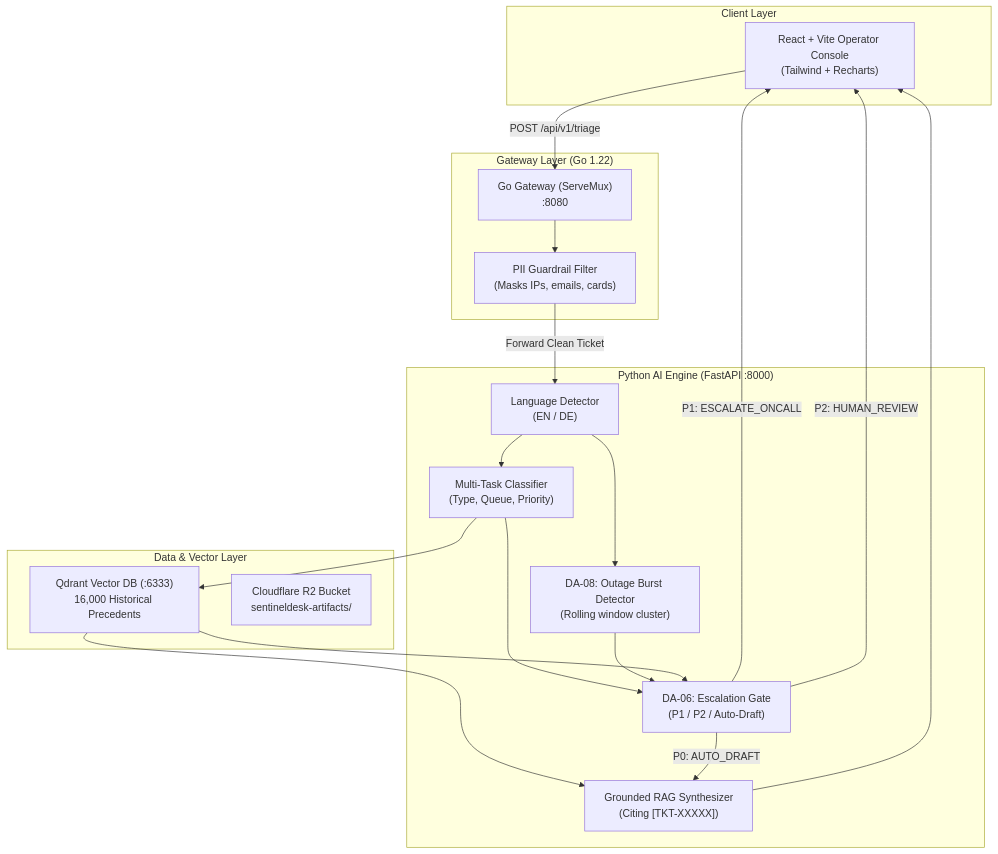
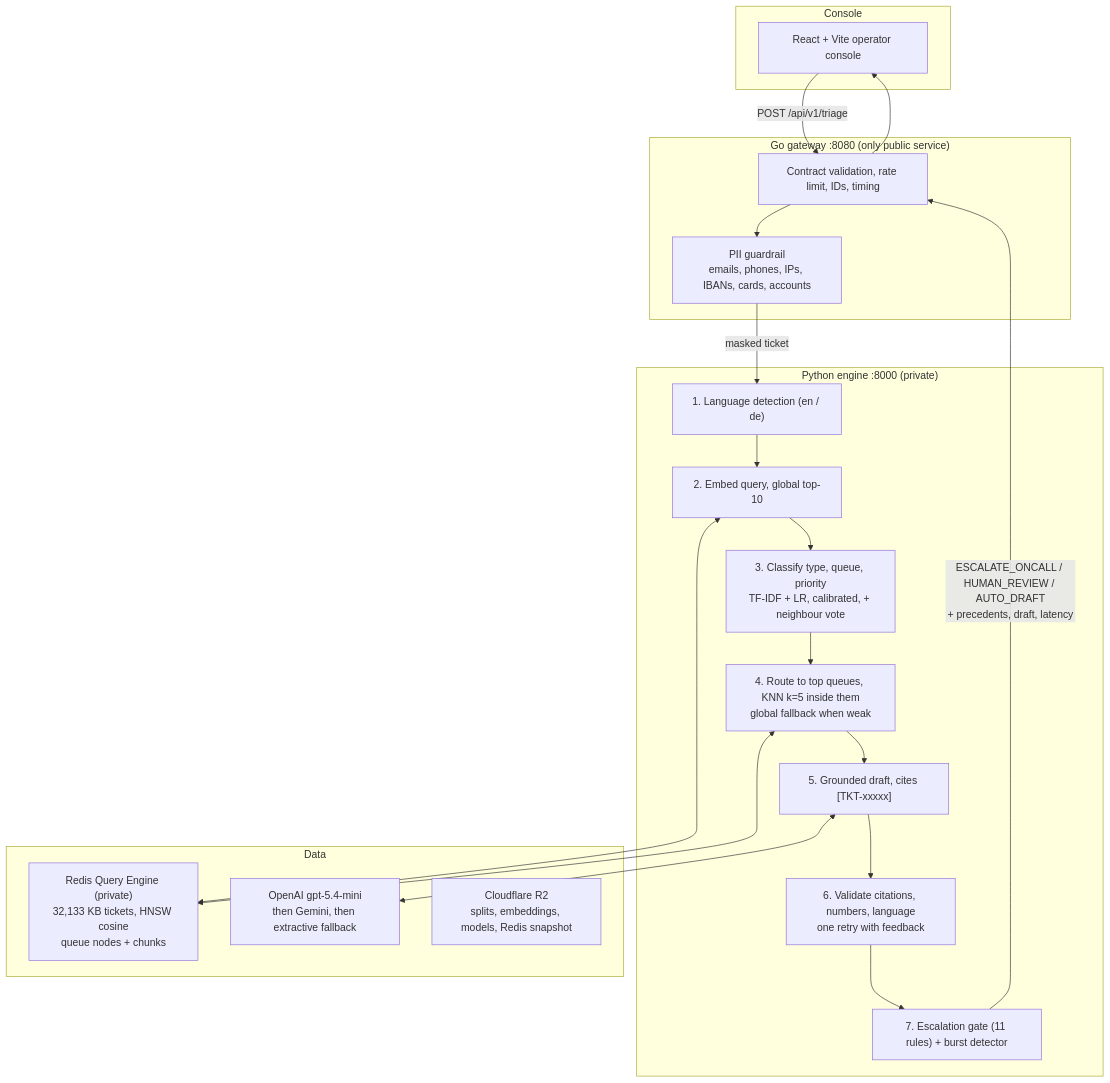
Before and after one commit to Dogtags27/gdg-sentinal: the first of 3 diagrams in docs/architecture-diagram.md, drawn with Mermaid. The commit also changed other lines of this file and 18 other files, not shown here.

````diff
--- a/docs/architecture-diagram.md
+++ b/docs/architecture-diagram.md
@@ -10,35 +9,36 @@
 ```mermaid
 flowchart TD
-    subgraph Client ["Client Layer"]
-        UI["React + Vite Operator Console<br>(Tailwind + Recharts)"]
+    subgraph Client ["Console"]
+        UI["React + Vite operator console"]
     end
 
-    subgraph Gateway ["Gateway Layer (Go 1.22)"]
-        GW["Go Gateway (ServeMux)<br>:8080"]
-        PII["PII Guardrail Filter<br>(Masks IPs, emails, cards)"]
+    subgraph Gateway ["Go gateway :8080 (only public service)"]
+        GW["Contract validation, rate limit, IDs, timing"]
+        PII["PII guardrail<br>emails, phones, IPs, IBANs, cards, accounts"]
         GW --> PII
     end
 
-    subgraph Engine ["Python AI Engine (FastAPI :8000)"]
-        LANG["Language Detector<br>(EN / DE)"]
-        TRIAGE["Multi-Task Classifier<br>(Type, Queue, Priority)"]
-        BURST["DA-08: Outage Burst Detector<br>(Rolling window cluster)"]
-        GATE["DA-06: Escalation Gate<br>(P1 / P2 / Auto-Draft)"]
-        RAG["Grounded RAG Synthesizer<br>(Citing [TKT-XXXXX])"]
+    subgraph Engine ["Python engine :8000 (private)"]
+        LANG["1. Language detection (en / de)"]
+        SEARCH["2. Embed query, global top-10"]
+        CLS["3. Classify type, queue, priority<br>TF-IDF + LR, calibrated, + neighbour vote"]
+        ROUTE["4. Route to top queues, KNN k=5 inside them<br>global fallback when weak"]
+        DRAFT["5. Grounded draft, cites [TKT-xxxxx]"]
+        VAL["6. Validate citations, numbers, language<br>one retry with feedback"]
+        GATE["7. Escalation gate (11 rules) + burst detector"]
+        LANG --> SEARCH --> CLS --> ROUTE --> DRAFT --> VAL --> GATE
     end
 
-    subgraph DataStore ["Data & Vector Layer"]
-        QDRANT["Qdrant Vector DB (:6333)<br>16,000 Historical Precedents"]
-        R2["Cloudflare R2 Bucket<br>sentineldesk-artifacts/"]
+    subgraph Data ["Data"]
+        REDIS["Redis Query Engine (private)<br>32,133 KB tickets, HNSW cosine<br>queue nodes + chunks"]
+        LLM["OpenAI gpt-5.4-mini<br>then Gemini, then extractive fallback"]
+        R2["Cloudflare R2<br>splits, embeddings, models, Redis snapshot"]
     end
 
     UI -->|"POST /api/v1/triage"| GW
-    PII -->|"Forward Clean Ticket"| LANG
-    LANG --> TRIAGE & BURST
-    TRIAGE --> QDRANT
-    QDRANT --> RAG
-    TRIAGE & BURST & QDRANT --> GATE
-    GATE -->|"P1: ESCALATE_ONCALL"| UI
-    GATE -->|"P2: HUMAN_REVIEW"| UI
-    GATE -->|"P0: AUTO_DRAFT"| RAG --> UI
+    PII -->|"masked ticket"| LANG
+    SEARCH <--> REDIS
+    ROUTE <--> REDIS
+    DRAFT <--> LLM
+    GATE -->|"ESCALATE_ONCALL / HUMAN_REVIEW / AUTO_DRAFT<br>+ precedents, draft, latency"| GW --> UI
 ```
````
